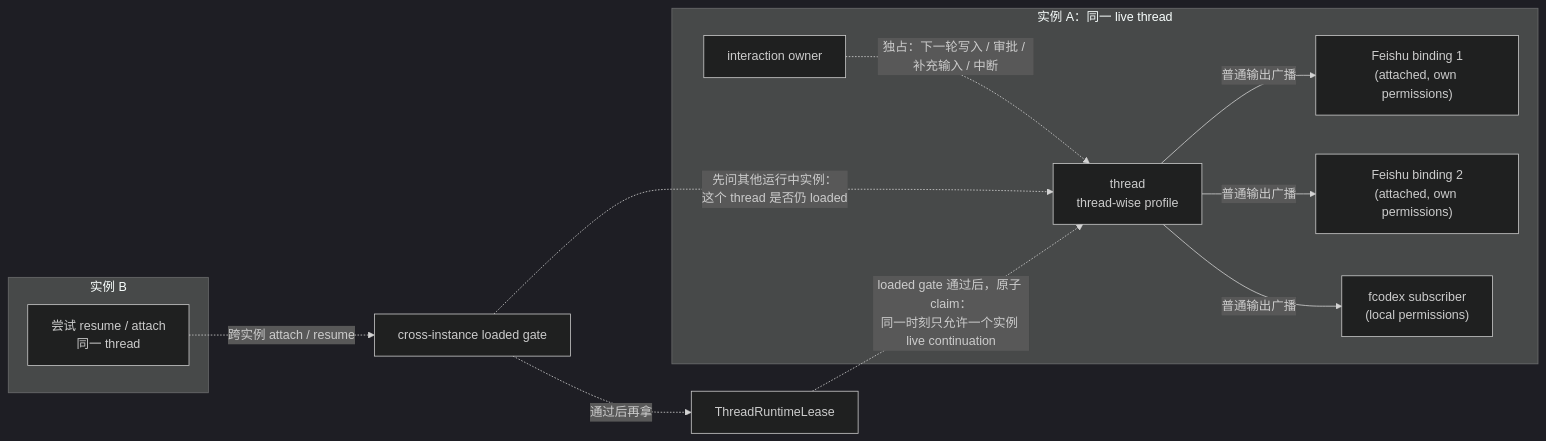
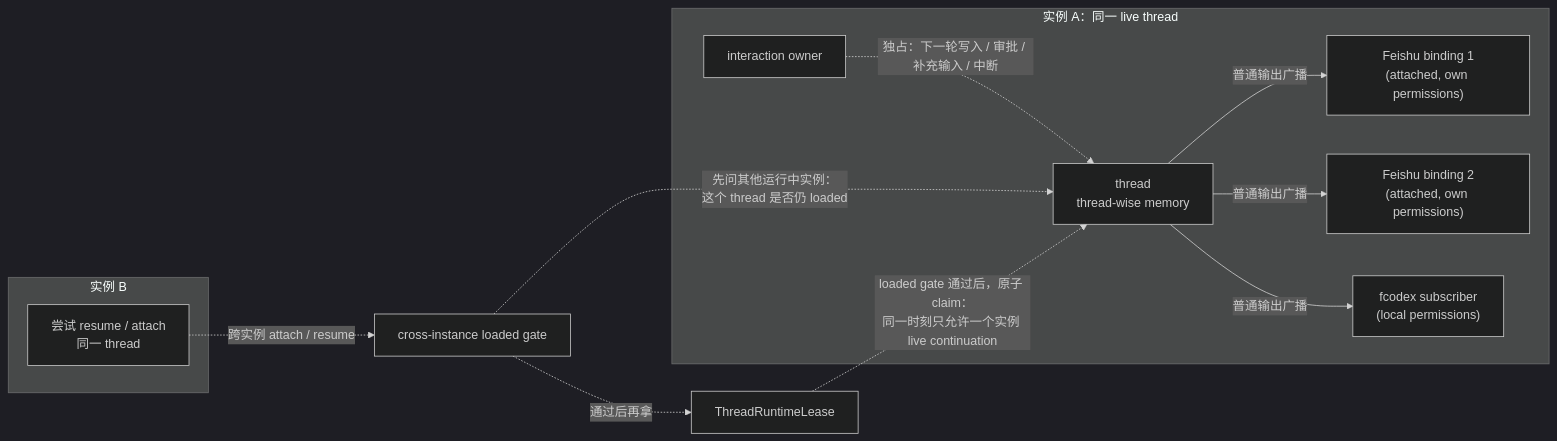
One commit to ZichaoLong/focus changed the second of 2 diagrams in README.md. Above: the diagram before and after it, drawn with Mermaid (dark theme). The commit also changed other lines of this file and 40 other files, not shown here.

````diff
--- a/README.md
+++ b/README.md
@@ -286,28 +286,28 @@
 ```mermaid
 flowchart LR
   subgraph A["实例 A：同一 live thread"]
     F1["Feishu binding 1<br/>(attached, own permissions)"]
     F2["Feishu binding 2<br/>(attached, own permissions)"]
     TUI["fcodex subscriber<br/>(local permissions)"]
-    Thread["thread<br/>thread-wise profile"]
+    Thread["thread<br/>thread-wise memory"]
     Owner["interaction owner"]
   end
 
   subgraph B["实例 B"]
     Other["尝试 resume / attach<br/>同一 thread"]
   end
 
   Gate["cross-instance loaded gate"]
   Lease["ThreadRuntimeLease"]
 
   Thread -->|"普通输出广播"| F1
   Thread -->|"普通输出广播"| F2
   Thread -->|"普通输出广播"| TUI
 
   Owner -. "独占：下一轮写入 / 审批 / 补充输入 / 中断" .-> Thread
 
   Gate -. "先问其他运行中实例：<br/>这个 thread 是否仍 loaded" .-> Thread
   Lease -. "loaded gate 通过后，原子 claim：<br/>同一时刻只允许一个实例 live continuation" .-> Thread
   Other -. "跨实例 attach / resume" .-> Gate
   Gate -. "通过后再拿" .-> Lease
 ```
````
